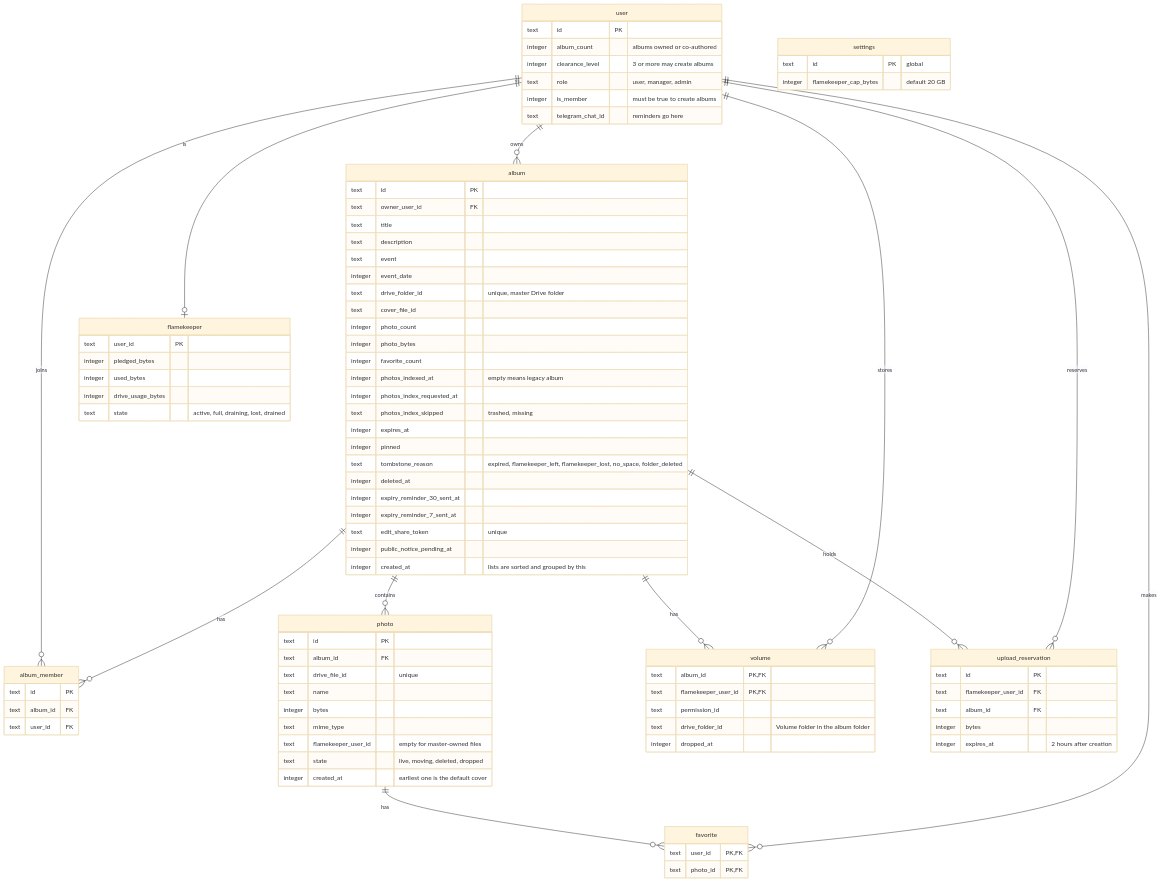
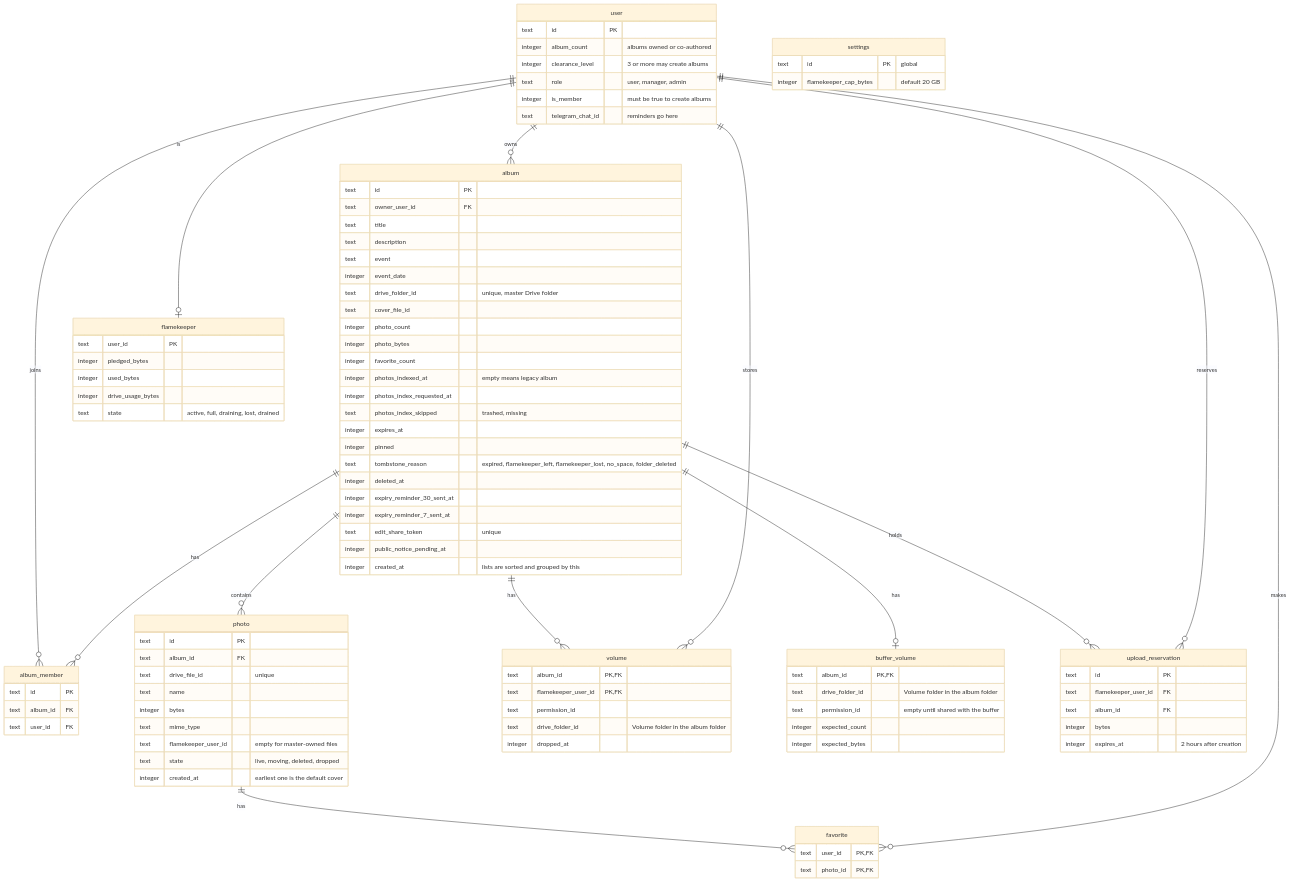
The diagram in docs/scenarios/albums/erd.md (sagyzdop/meriksirat), drawn with Mermaid (base theme) before and after one commit. The commit also changed other lines of this file and 32 other files, not shown here.

```diff
--- a/docs/scenarios/albums/erd.md
+++ b/docs/scenarios/albums/erd.md
@@ -22,6 +22,7 @@
     album ||--o{ album_member : has
     album ||--o{ photo : contains
     album ||--o{ volume : has
+    album ||--o| buffer_volume : has
     album ||--o{ upload_reservation : holds
     photo ||--o{ favorite : has
     user ||--o{ favorite : makes
@@ -81,6 +82,13 @@
         text user_id PK, FK
         text photo_id PK, FK
     }
+    buffer_volume {
+        text album_id PK, FK
+        text drive_folder_id "Volume folder in the album folder"
+        text permission_id "empty until shared with the buffer"
+        integer expected_count
+        integer expected_bytes
+    }
     volume {
         text album_id PK, FK
         text flamekeeper_user_id PK, FK
```
